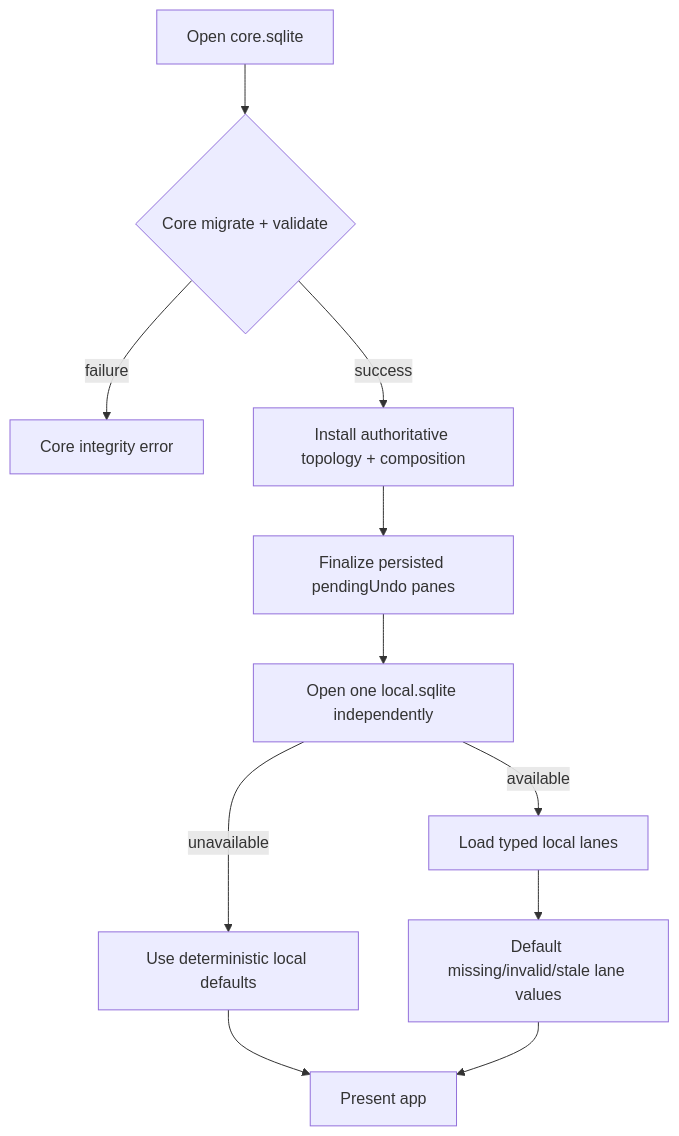
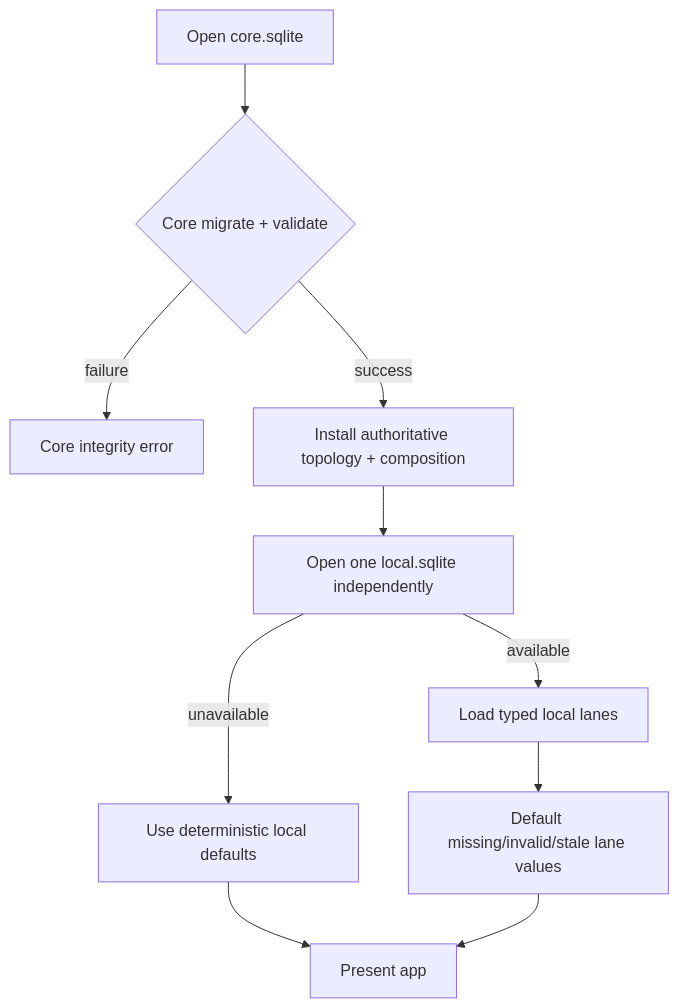
One commit to ShravanSunder/agentstudio changed the sixth of 7 diagrams in docs/specs/2026-07-21-persistence-ownership-hard-cut/2026-07-21-persistence-ownership-hard-cut.md. Above: the diagram before and after it, drawn with Mermaid. The commit also changed other lines of this file and 2 other files, not shown here.

````diff
--- a/docs/specs/2026-07-21-persistence-ownership-hard-cut/2026-07-21-persistence-ownership-hard-cut.md
+++ b/docs/specs/2026-07-21-persistence-ownership-hard-cut/2026-07-21-persistence-ownership-hard-cut.md
@@ -979,13 +760,12 @@
 ```mermaid
 flowchart TD
     A[Open core.sqlite] --> B{Core migrate + validate}
     B -->|failure| C[Core integrity error]
     B -->|success| D[Install authoritative topology + composition]
-    D --> E[Finalize persisted pendingUndo panes]
-    E --> F[Open one local.sqlite independently]
+    D --> F[Open one local.sqlite independently]
     F -->|available| G[Load typed local lanes]
     F -->|unavailable| H[Use deterministic local defaults]
     G --> I[Default missing/invalid/stale lane values]
     H --> J[Present app]
     I --> J
 ```
````
